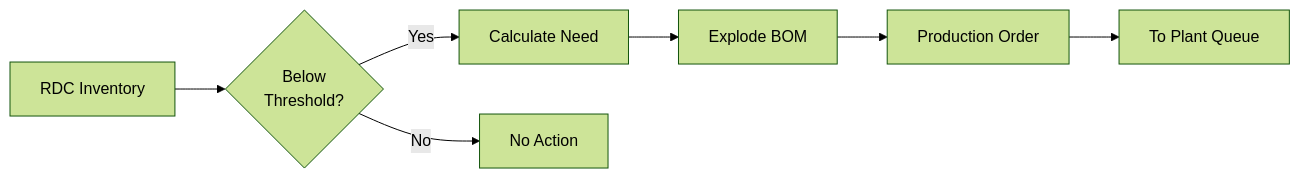
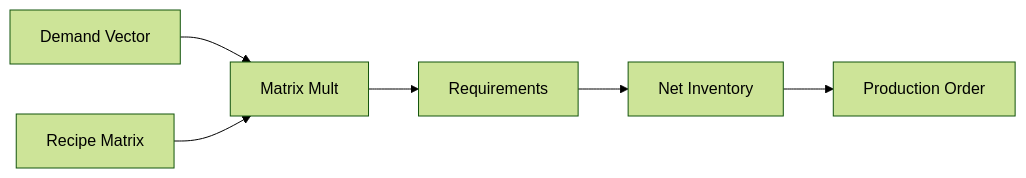
One commit to mcfitzgerald/fmcg_sc_data_synth changed the fifth of 11 diagrams in docs/architecture/components.md. Above: the diagram before and after it, drawn with Mermaid (forest theme). The commit also changed other lines of this file and 2 other files, not shown here.

````diff
--- a/docs/architecture/components.md
+++ b/docs/architecture/components.md
@@ -160,9 +160,8 @@
 ```mermaid
 flowchart LR
-    INV[RDC Inventory] --> CHECK{Below<br/>Threshold?}
-    CHECK -->|Yes| CALC[Calculate Need]
-    CHECK -->|No| SKIP[No Action]
-    CALC --> BOM[Explode BOM]
-    BOM --> PO[Production Order]
-    PO --> PLANT[To Plant Queue]
+    DEMAND[Demand Vector] --> MAT[Matrix Mult]
+    R[Recipe Matrix] --> MAT
+    MAT --> REQ[Requirements]
+    REQ --> NET[Net Inventory]
+    NET --> PO[Production Order]
 ```
````
